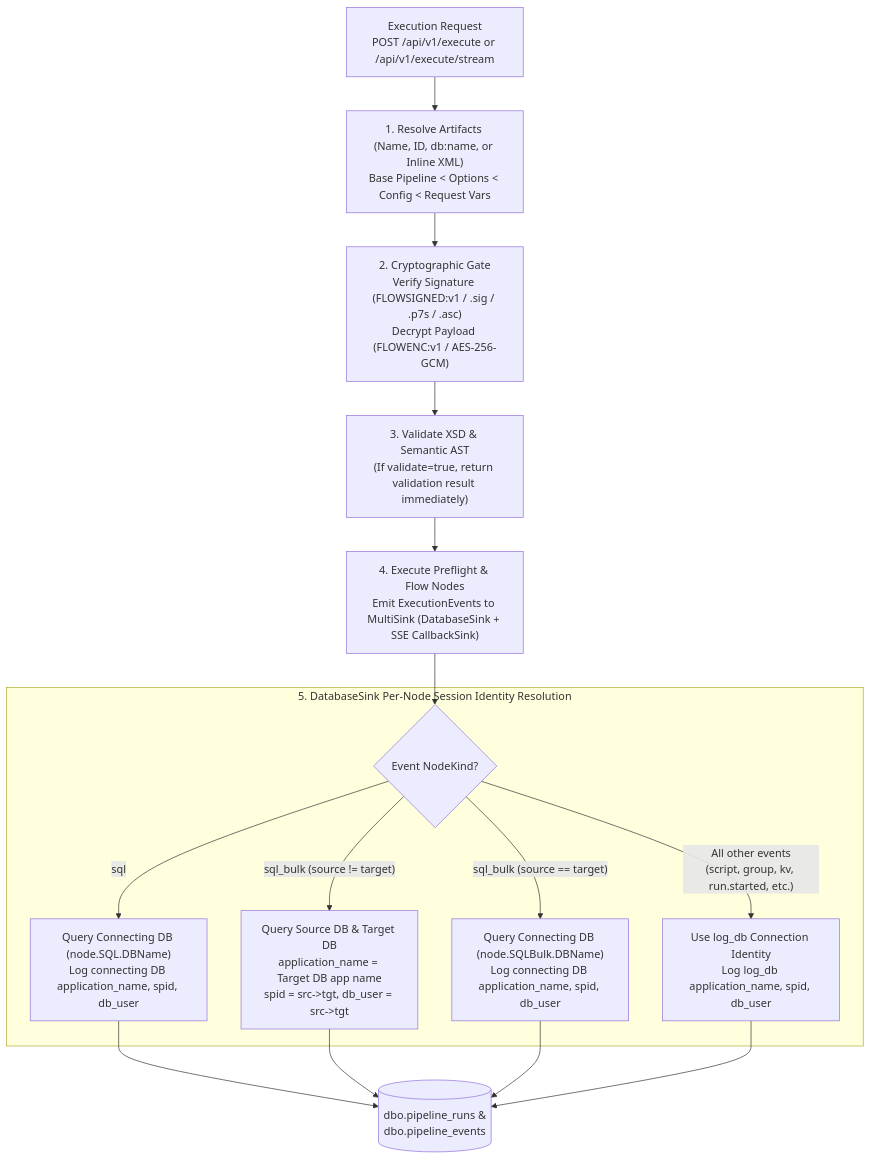
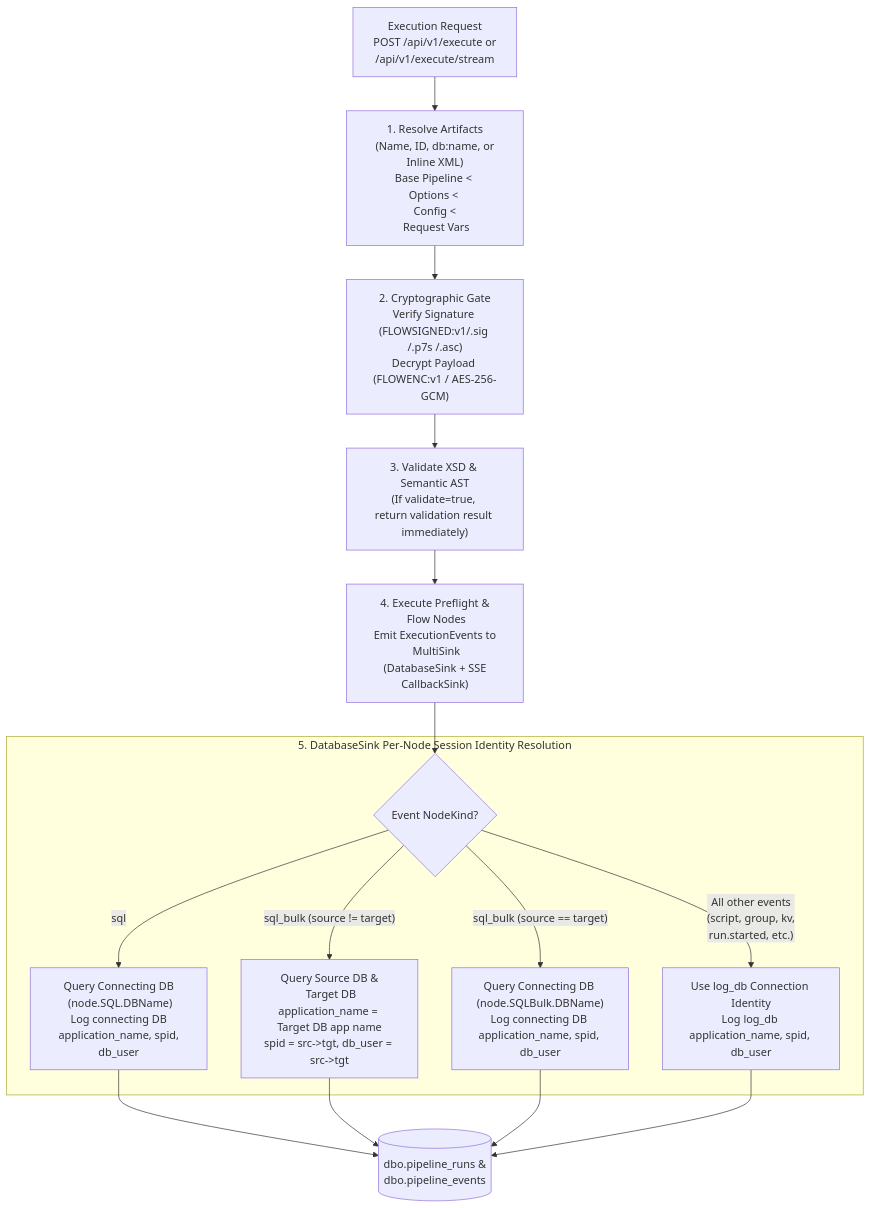
Before and after one commit to etl-madness/flow-docs: the third of 5 diagrams in docs/guides/API_ENDPOINTS_REFERENCE.md, drawn with Mermaid. The commit also changed other lines of this file and 1 other file, not shown here.

Commit message:
feat: git pages, mermaid graph cleanup v3

````diff
--- a/docs/guides/API_ENDPOINTS_REFERENCE.md
+++ b/docs/guides/API_ENDPOINTS_REFERENCE.md
@@ -266,21 +266,21 @@
 ```mermaid
 flowchart TD
-    REQ["Execution Request<br/>POST /api/v1/execute or /api/v1/execute/stream"] --> RESOLVE["1. Resolve Artifacts (Name, ID, db:name, or Inline XML)<br/>Base Pipeline &lt; Options &lt; Config &lt; Request Vars"]
+    REQ["Execution Request<br/>POST /api/v1/execute or<br/> /api/v1/execute/stream"] --> RESOLVE["1. Resolve Artifacts<br/> (Name, ID, db:name, or Inline XML)<br/>Base Pipeline &lt; <br/>Options &lt; <br/>Config &lt;<br/> Request Vars"]
 
-    RESOLVE --> SEC["2. Cryptographic Gate<br/>Verify Signature (FLOWSIGNED:v1 / .sig / .p7s / .asc)<br/>Decrypt Payload (FLOWENC:v1 / AES-256-GCM)"]
+    RESOLVE --> SEC["2. Cryptographic Gate<br/>Verify Signature <br/>(FLOWSIGNED:v1/.sig /.p7s /.asc)<br/>Decrypt Payload <br/>(FLOWENC:v1 / AES-256-GCM)"]
 
-    SEC --> VAL["3. Validate XSD &amp; Semantic AST<br/>(If validate=true, return validation result immediately)"]
+    SEC --> VAL["3. Validate XSD &amp; Semantic AST<br/>(If validate=true, <br/>return validation result immediately)"]
 
-    VAL --> EXEC["4. Execute Preflight &amp; Flow Nodes<br/>Emit ExecutionEvents to MultiSink (DatabaseSink + SSE CallbackSink)"]
+    VAL --> EXEC["4. Execute Preflight &amp;<br/> Flow Nodes<br/>Emit ExecutionEvents to<br/> MultiSink<br/> (DatabaseSink + SSE CallbackSink)"]
 
     subgraph IdentityRules["5. DatabaseSink Per-Node Session Identity Resolution"]
         KIND{"Event NodeKind?"}
-        KIND -->|"sql"| ID_SQL["Query Connecting DB (node.SQL.DBName)<br/>Log connecting DB application_name, spid, db_user"]
-        KIND -->|"sql_bulk (source != target)"| ID_CROSS["Query Source DB &amp; Target DB<br/>application_name = Target DB app name<br/>spid = src->tgt, db_user = src->tgt"]
+        KIND -->|"sql"| ID_SQL["Query Connecting DB<br/> (node.SQL.DBName)<br/>Log connecting DB<br/> application_name, spid, db_user"]
+        KIND -->|"sql_bulk (source != target)"| ID_CROSS["Query Source DB &amp;<br/> Target DB<br/>application_name = Target DB app name<br/>spid = src->tgt, db_user = src->tgt"]
         KIND -->|"sql_bulk (source == target)"| ID_SAME["Query Connecting DB (node.SQLBulk.DBName)<br/>Log connecting DB application_name, spid, db_user"]
-        KIND -->|"All other events<br/>(script, group, kv, run.started, etc.)"| ID_LOG["Use log_db Connection Identity<br/>Log log_db application_name, spid, db_user"]
+        KIND -->|"All other events<br/>(script, group, kv,<br/> run.started, etc.)"| ID_LOG["Use log_db Connection Identity<br/>Log log_db application_name, spid, db_user"]
     end
 
     EXEC --> KIND
     ID_SQL & ID_CROSS & ID_SAME & ID_LOG --> DB_TABLES[("dbo.pipeline_runs &amp;<br/>dbo.pipeline_events")]
 ```
````
